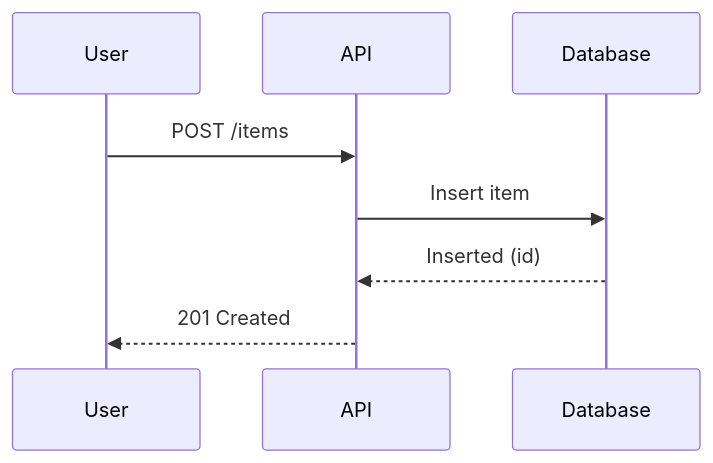
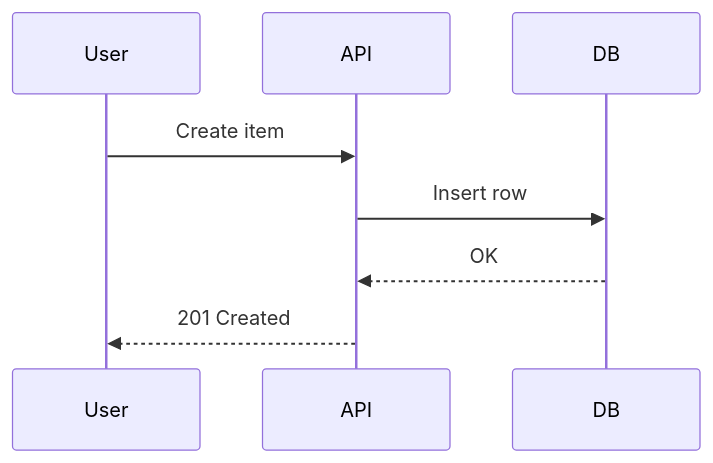
Before and after one commit to alessandrobologna/test-mermaid: the second of 2 diagrams in README.md, drawn with Mermaid. The commit also changed other lines of this file, not shown here.

Commit message:
Simplify Mermaid examples in README

````diff
--- a/README.md
+++ b/README.md
@@ -18,12 +16,11 @@
 ```mermaid
-%%{init: {"htmlLabels": true, "sequence": {"diagramMarginX": 130, "diagramMarginY": 30, "bottomMarginAdj": 130}}}%%
 sequenceDiagram
-  participant U as User
-  participant A as API
-  participant D as Database
+  participant User
+  participant API
+  participant DB
 
-  U->>A: POST /items
-  A->>D: Insert item
-  D-->>A: Inserted (id)
-  A-->>U: 201 Created
+  User->>API: Create item
+  API->>DB: Insert row
+  DB-->>API: OK
+  API-->>User: 201 Created
 ```
````
